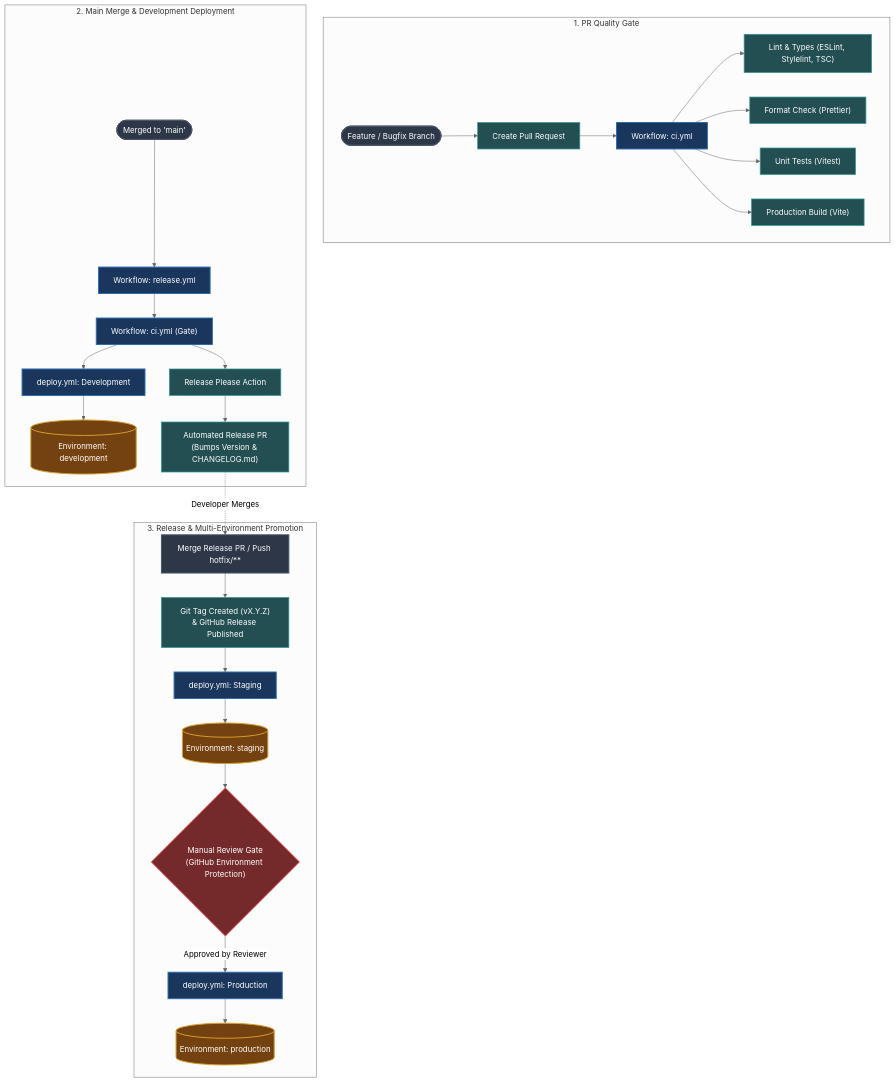
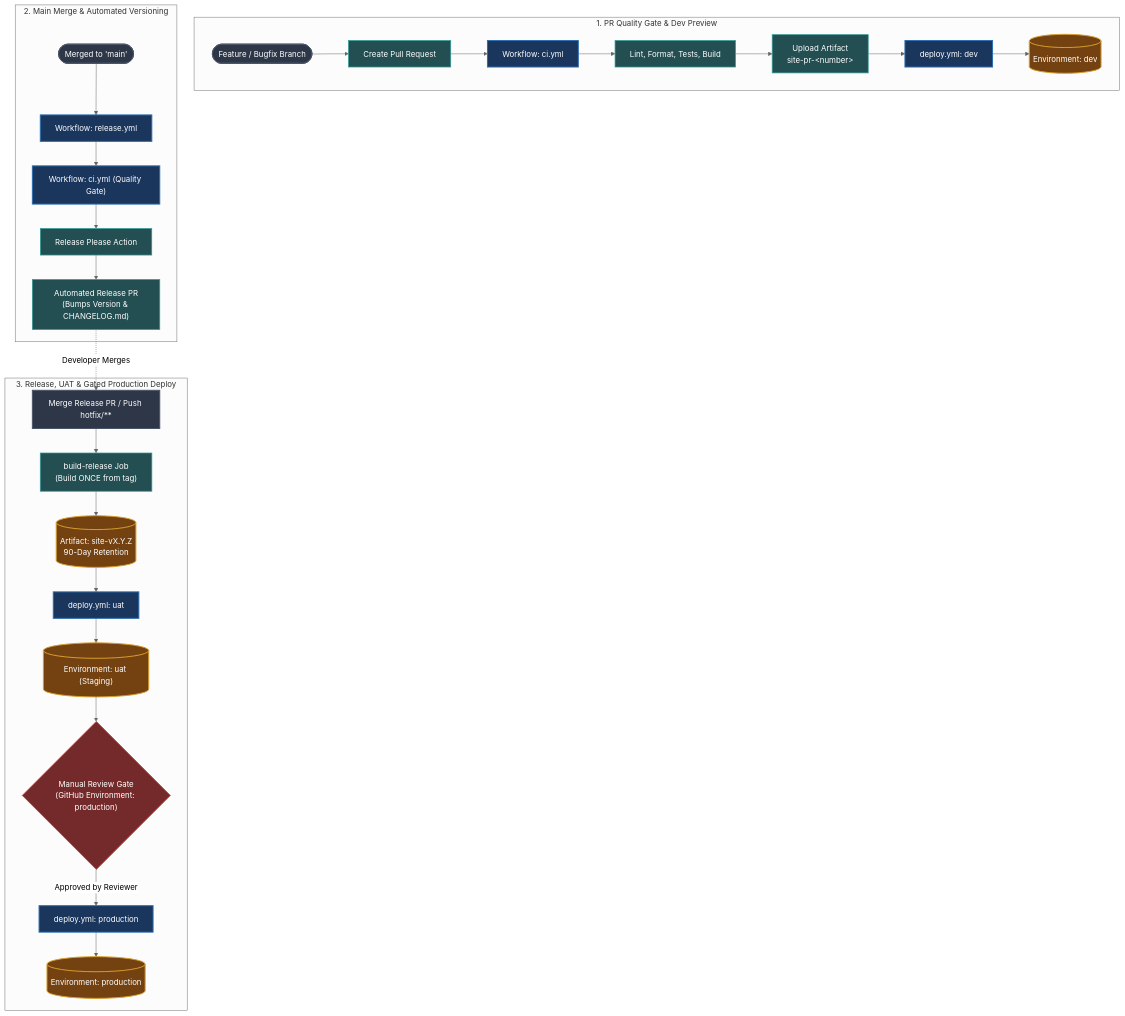
The diagram in .github/README.MD (suryaprakash-gng/vite-cicd-playground), drawn with Mermaid (neutral theme) before and after one commit. The commit also changed other lines of this file and 1 other file, not shown here.

Commit message:
docs: update architecture docs and codeowners for 3-stage environment pipeline

````diff
--- a/.github/README.MD
+++ b/.github/README.MD
@@ -9,56 +9,49 @@
 ```mermaid
 flowchart TD
     classDef branch fill:#2d3748,stroke:#4a5568,stroke-width:2px,color:#fff
     classDef workflow fill:#1a365d,stroke:#2b6cb0,stroke-width:2px,color:#fff
     classDef step fill:#234e52,stroke:#319795,stroke-width:1.5px,color:#fff
     classDef env fill:#744210,stroke:#d69e2e,stroke-width:2px,color:#fff
     classDef gate fill:#742a2a,stroke:#e53e3e,stroke-width:2px,color:#fff
 
-    subgraph Phase1["1. PR Quality Gate"]
+    subgraph Phase1["1. PR Quality Gate & Dev Preview"]
         DevBranch(["Feature / Bugfix Branch"]):::branch
         PR["Create Pull Request"]:::step
         CIWorkflow["Workflow: ci.yml"]:::workflow
-        LintCheck["Lint & Types (ESLint, Stylelint, TSC)"]:::step
-        FormatCheck["Format Check (Prettier)"]:::step
-        TestCheck["Unit Tests (Vitest)"]:::step
-        BuildCheck["Production Build (Vite)"]:::step
-        
+        LintCheck["Lint, Format, Tests, Build"]:::step
+        UploadDev["Upload Artifact\nsite-pr-&lt;number&gt;"]:::step
+        DeployDev["deploy.yml: dev"]:::workflow
+        DevEnv[("Environment: dev")]:::env
+
         DevBranch --> PR --> CIWorkflow
-        CIWorkflow --> LintCheck & FormatCheck & TestCheck & BuildCheck
+        CIWorkflow --> LintCheck --> UploadDev --> DeployDev --> DevEnv
     end
 
-    subgraph Phase2["2. Main Merge & Development Deployment"]
+    subgraph Phase2["2. Main Merge & Automated Versioning"]
         MainBranch(["Merged to 'main'"]):::branch
         ReleaseWorkflow["Workflow: release.yml"]:::workflow
-        CIOnMain["Workflow: ci.yml (Gate)"]:::workflow
-        DeployDev["deploy.yml: Development"]:::workflow
-        DevEnv[("Environment: development")]:::env
+        CIOnMain["Workflow: ci.yml (Quality Gate)"]:::workflow
         ReleasePlease["Release Please Action"]:::step
         ReleasePR["Automated Release PR\n(Bumps Version & CHANGELOG.md)"]:::step
 
         MainBranch --> ReleaseWorkflow
-        ReleaseWorkflow --> CIOnMain
-        CIOnMain --> DeployDev
-        DeployDev --> DevEnv
-        CIOnMain --> ReleasePlease
-        ReleasePlease --> ReleasePR
+        ReleaseWorkflow --> CIOnMain --> ReleasePlease --> ReleasePR
     end
 
-    subgraph Phase3["3. Release & Multi-Environment Promotion"]
+    subgraph Phase3["3. Release, UAT & Gated Production Deploy"]
         MergeRelease["Merge Release PR / Push hotfix/**"]:::branch
-        CreateTag["Git Tag Created (vX.Y.Z)\n& GitHub Release Published"]:::step
-        DeployStaging["deploy.yml: Staging"]:::workflow
-        StagingEnv[("Environment: staging")]:::env
-        ApprovalGate{"Manual Review Gate\n(GitHub Environment Protection)"}:::gate
-        DeployProd["deploy.yml: Production"]:::workflow
+        BuildRelease["build-release Job\n(Build ONCE from tag)"]:::step
+        ReleaseArtifact[("Artifact: site-vX.Y.Z\n90-Day Retention")]:::env
+        DeployUAT["deploy.yml: uat"]:::workflow
+        UATEnv[("Environment: uat (Staging)")]:::env
+        ApprovalGate{"Manual Review Gate\n(GitHub Environment: production)"}:::gate
+        DeployProd["deploy.yml: production"]:::workflow
         ProdEnv[("Environment: production")]:::env
 
         ReleasePR -. "Developer Merges" .-> MergeRelease
-        MergeRelease --> CreateTag
-        CreateTag --> DeployStaging
-        DeployStaging --> StagingEnv
-        StagingEnv --> ApprovalGate
-        ApprovalGate -- "Approved by Reviewer" --> DeployProd
-        DeployProd --> ProdEnv
+        MergeRelease --> BuildRelease --> ReleaseArtifact
+        ReleaseArtifact --> DeployUAT --> UATEnv
+        UATEnv --> ApprovalGate
+        ApprovalGate -- "Approved by Reviewer" --> DeployProd --> ProdEnv
     end
 ```
````
